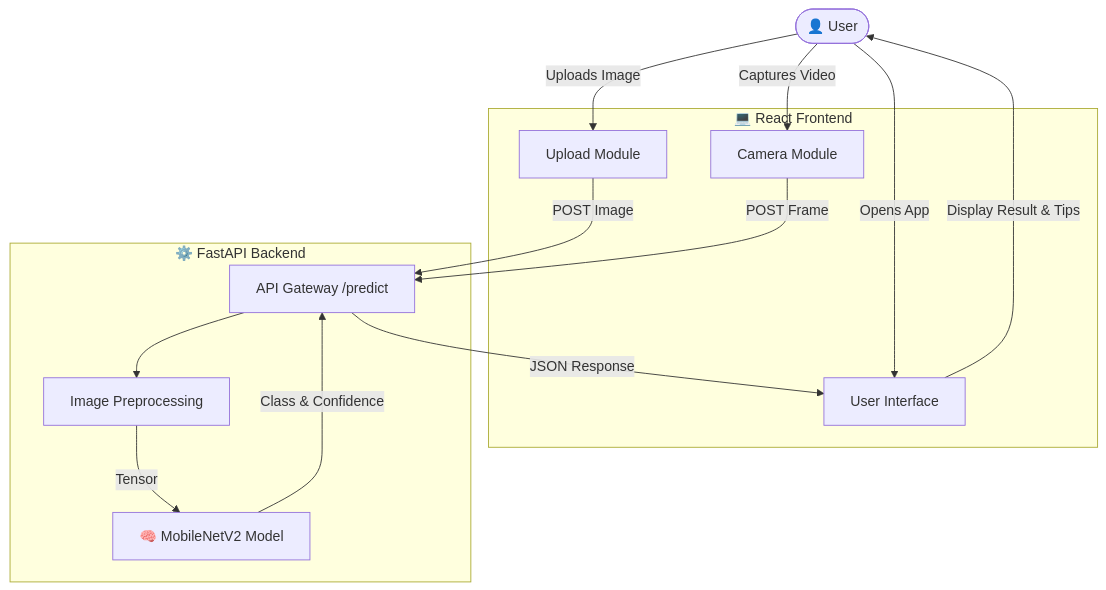
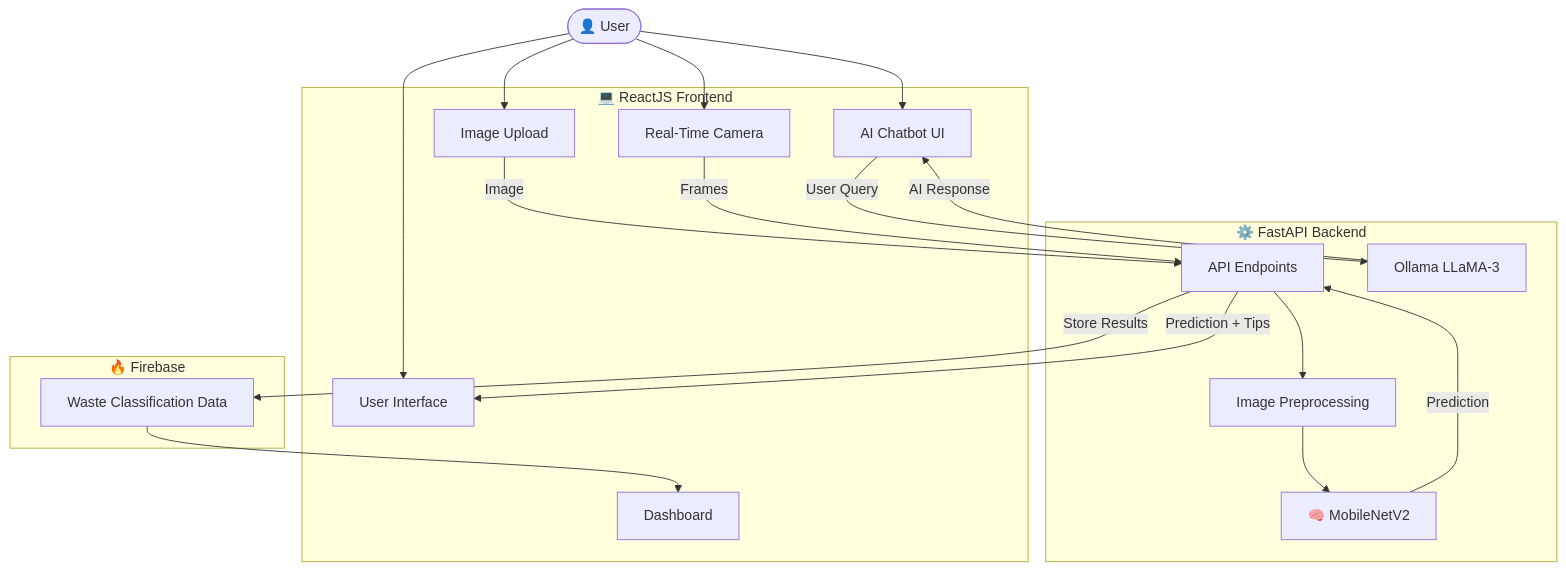
The diagram in README.md (tanviutreja/Smart-Waste-Detection-and-Segregation-Platform), drawn with Mermaid before and after one commit. The commit also changed other lines of this file, not shown here.

Commit message:
Updated README with dashboard, chatbot, and deployment details

````diff
--- a/README.md
+++ b/README.md
@@ -49,30 +64,43 @@
 ```mermaid
 graph TD
     User([👤 User])
-    
-    subgraph Frontend [💻 React Frontend]
+
+    subgraph Frontend [💻 ReactJS Frontend]
         UI[User Interface]
-        Cam[Camera Module]
-        Up[Upload Module]
+        Upload[Image Upload]
+        Camera[Real-Time Camera]
+        Dashboard[Dashboard]
+        Chatbot[AI Chatbot UI]
     end
-    
+
     subgraph Backend [⚙️ FastAPI Backend]
-        API[API Gateway /predict]
+        API[API Endpoints]
         Pre[Image Preprocessing]
-        Model[🧠 MobileNetV2 Model]
+        Model[🧠 MobileNetV2]
+        ChatAPI[Ollama LLaMA-3]
     end
-    
-    User -->|Opens App| UI
-    User -->|Uploads Image| Up
-    User -->|Captures Video| Cam
-    
-    Up -->|POST Image| API
-    Cam -->|POST Frame| API
-    
+
+    subgraph Database [🔥 Firebase]
+        DB[Waste Classification Data]
+    end
+
+    User --> UI
+    User --> Upload
+    User --> Camera
+    User --> Chatbot
+
+    Upload -->|Image| API
+    Camera -->|Frames| API
+
     API --> Pre
-    Pre -->|Tensor| Model
-    Model -->|Class & Confidence| API
-    
-    API -->|JSON Response| UI
-    UI -->|Display Result & Tips| User
+    Pre --> Model
+    Model -->|Prediction| API
+
+    API -->|Store Results| DB
+    DB --> Dashboard
+
+    Chatbot -->|User Query| ChatAPI
+    ChatAPI -->|AI Response| Chatbot
+
+    API -->|Prediction + Tips| UI
 ```
````
